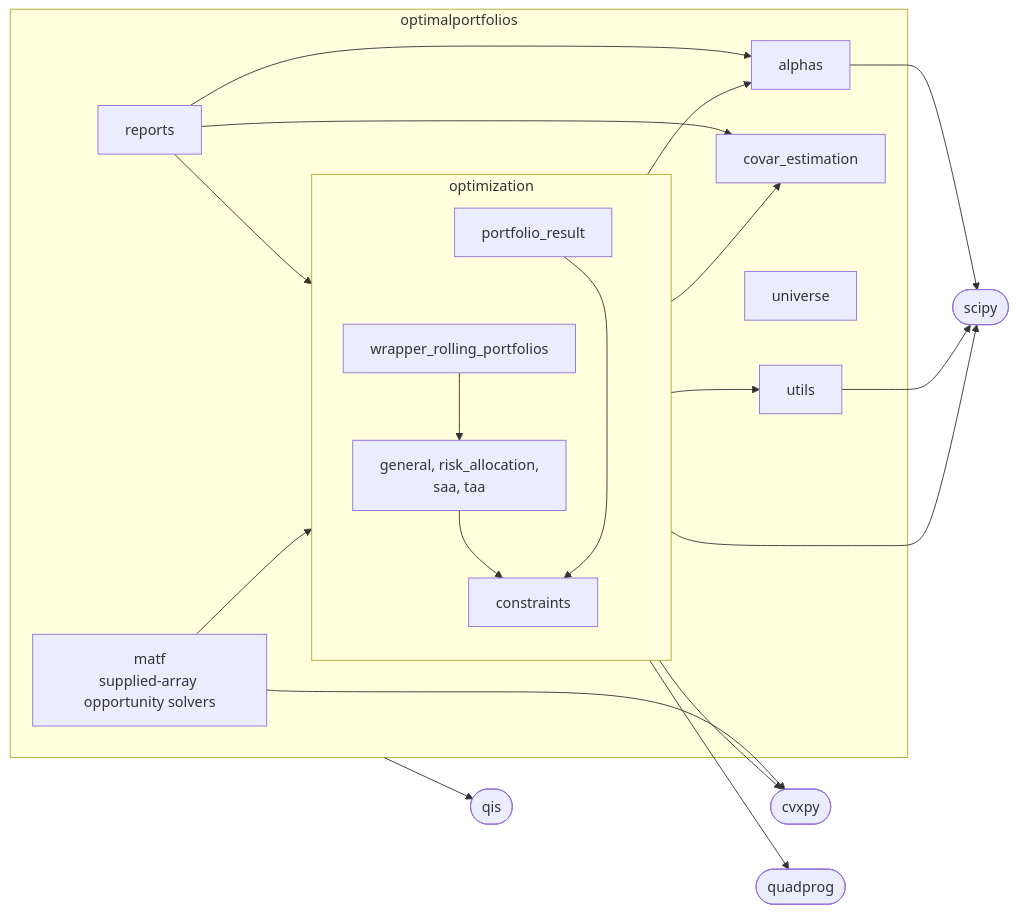
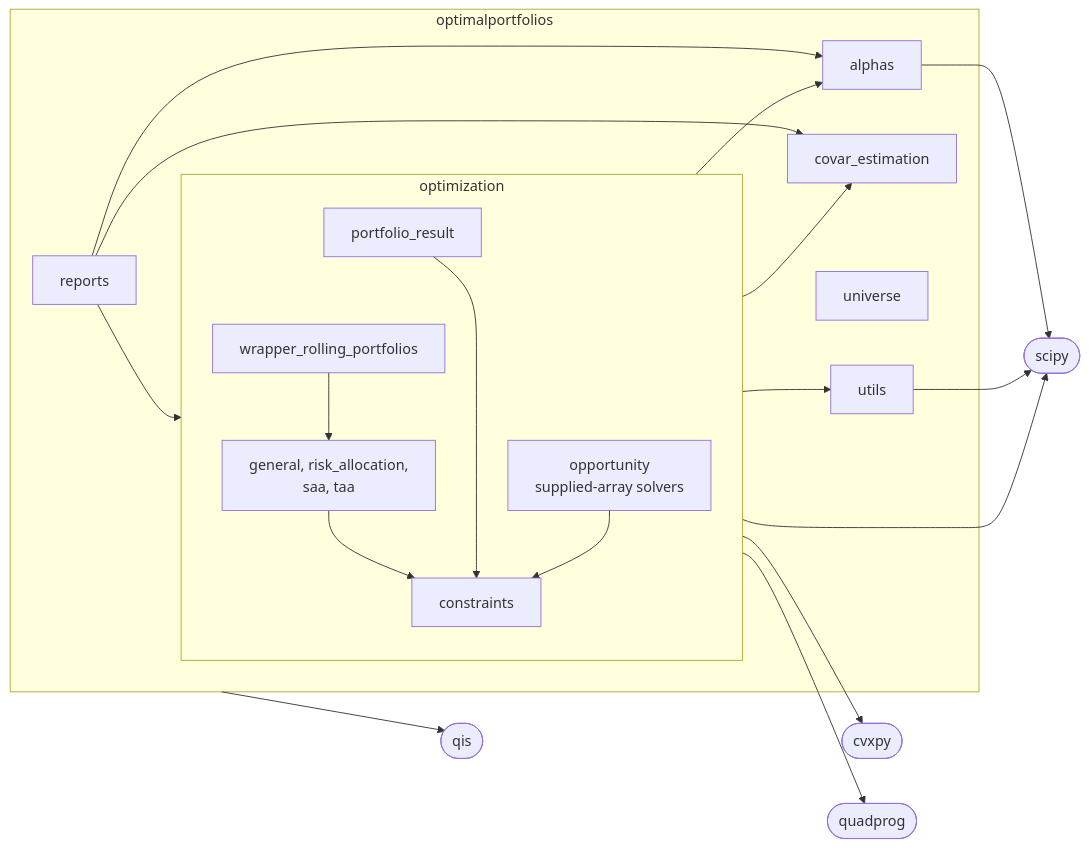
Before and after one commit to ArturSepp/OptimalPortfolios: the second of 2 diagrams in docs/software_design.md, drawn with Mermaid. The commit also changed other lines of this file and 221 other files, not shown here.

````diff
--- a/docs/software_design.md
+++ b/docs/software_design.md
@@ -94,29 +94,28 @@
 ```mermaid
 flowchart LR
     subgraph pkg ["optimalportfolios"]
         reports["reports"]
         subgraph optimization ["optimization"]
             direction TB
             result["portfolio_result"] ~~~ dispatcher["wrapper_rolling_portfolios"]
             dispatcher --> solvers["general, risk_allocation,<br/>saa, taa"] --> constraints["constraints"]
             result --> constraints
+            opportunity["opportunity<br/>supplied-array solvers"] --> constraints
         end
         alphas["alphas"]
         covar["covar_estimation"]
-        matf["matf<br/>supplied-array opportunity solvers"]
         universe["universe"]
         utils["utils"]
     end
     qis(["qis"])
     cvxpy(["cvxpy"])
     scipy(["scipy"])
     quadprog(["quadprog"])
     reports --> optimization
     reports --> alphas & covar
-    matf --> cvxpy & optimization
     optimization --> alphas & covar & utils
     optimization --> cvxpy & scipy & quadprog
     alphas --> scipy
     utils --> scipy
     pkg --> qis
 ```
````
